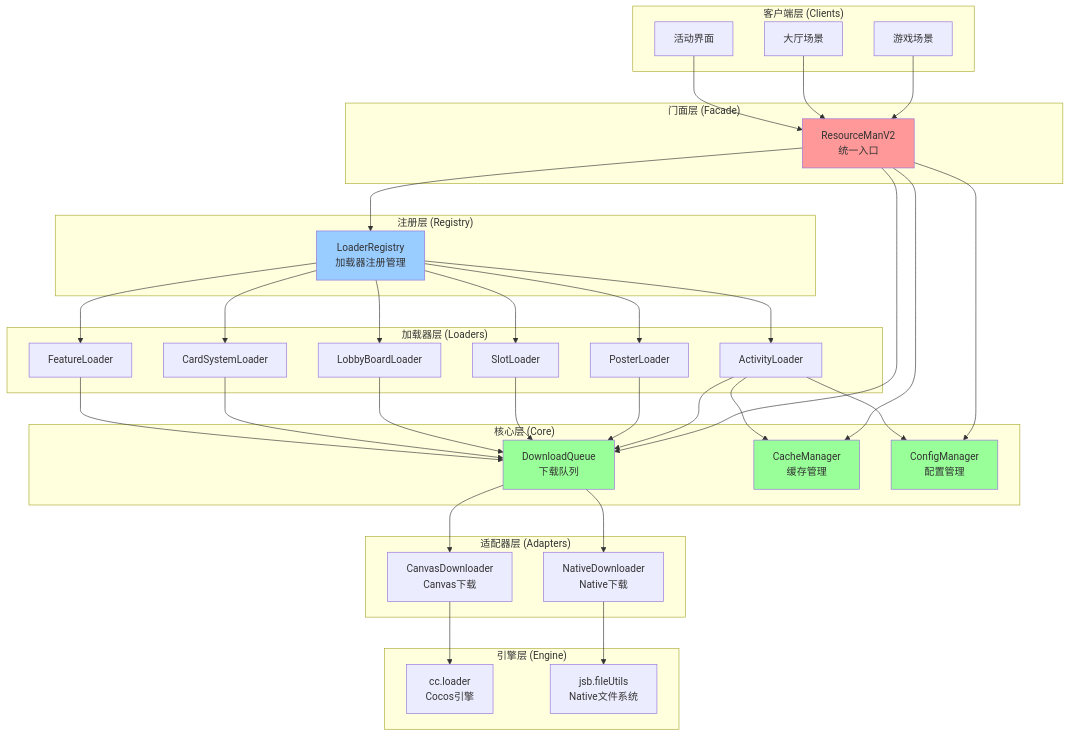
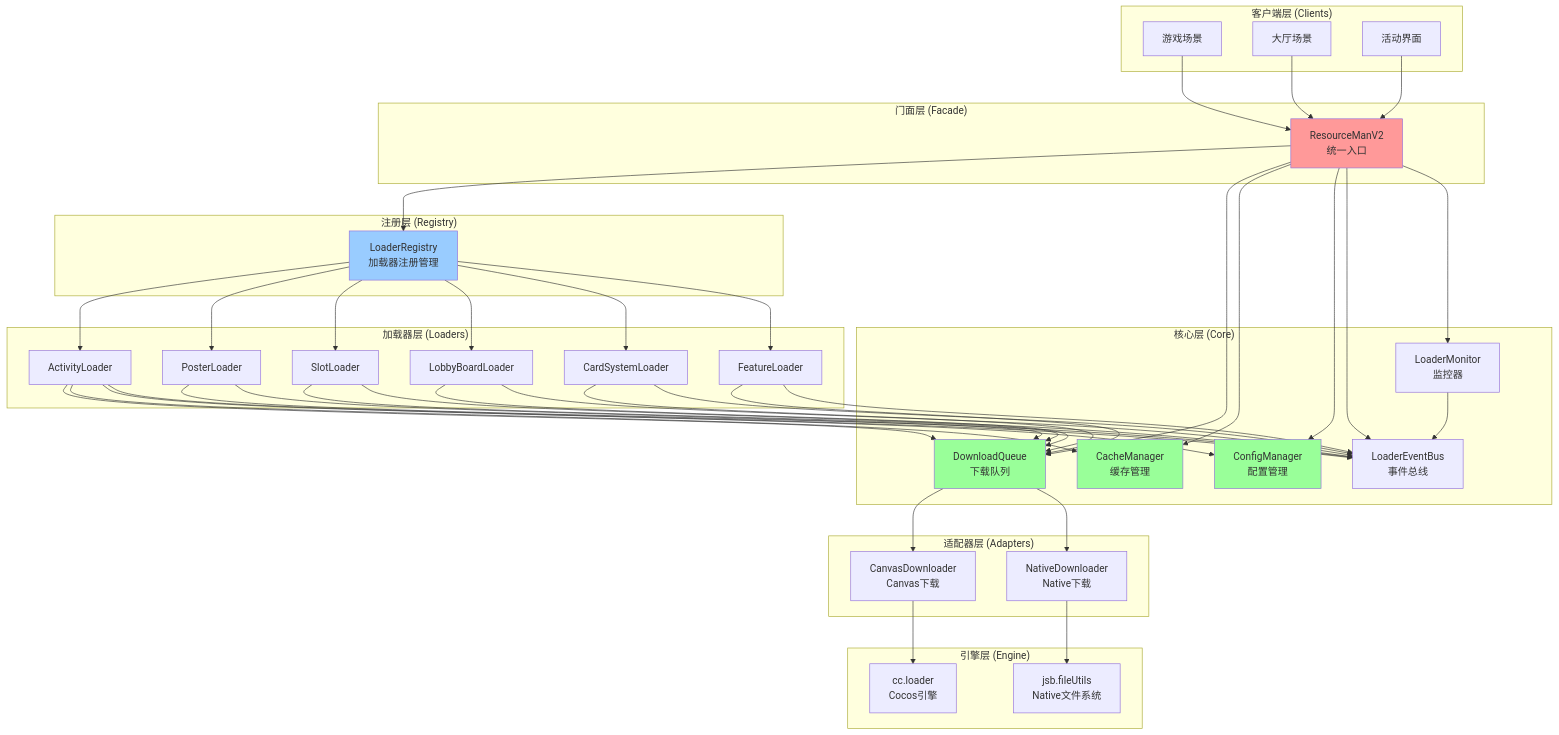
The third of 3 diagrams in 工程-工具/ResourceManV2-技术架构报告.md (zhaoheng666/WTC-Docs), drawn with Mermaid before and after one commit. The commit also changed other lines of this file, not shown here.

```diff
--- a/工程-工具/ResourceManV2-技术架构报告.md
+++ b/工程-工具/ResourceManV2-技术架构报告.md
@@ -261,6 +300,8 @@
         DQ[DownloadQueue<br/>下载队列]
         CM[CacheManager<br/>缓存管理]
         CFG[ConfigManager<br/>配置管理]
+        EB[LoaderEventBus<br/>事件总线]
+        MON[LoaderMonitor<br/>监控器]
     end
 
     subgraph "适配器层 (Adapters)"
@@ -283,6 +324,8 @@
     RM --> DQ
     RM --> CM
     RM --> CFG
+    RM --> EB
+    RM --> MON
 
     %% 注册层 -> 加载器层
     LR --> AL
@@ -302,6 +345,15 @@
 
     AL --> CM
     AL --> CFG
+    AL --> EB
+    PL --> EB
+    SL --> EB
+    LBL --> EB
+    CSL --> EB
+    FL --> EB
+
+    %% 事件监控关系
+    MON --> EB
 
     %% 核心层 -> 适配器层
     DQ --> CD
```
